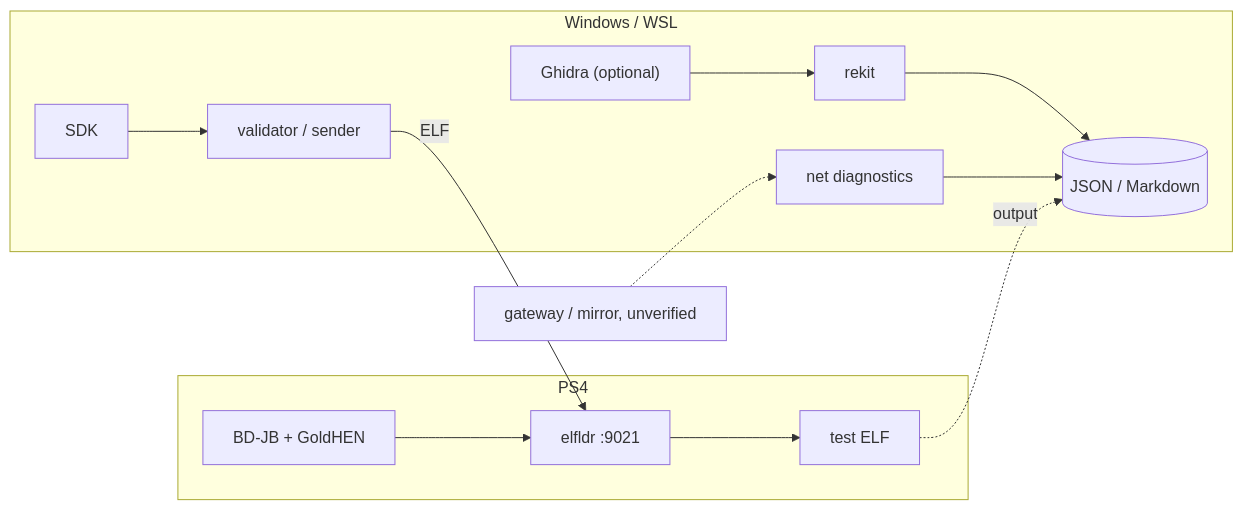
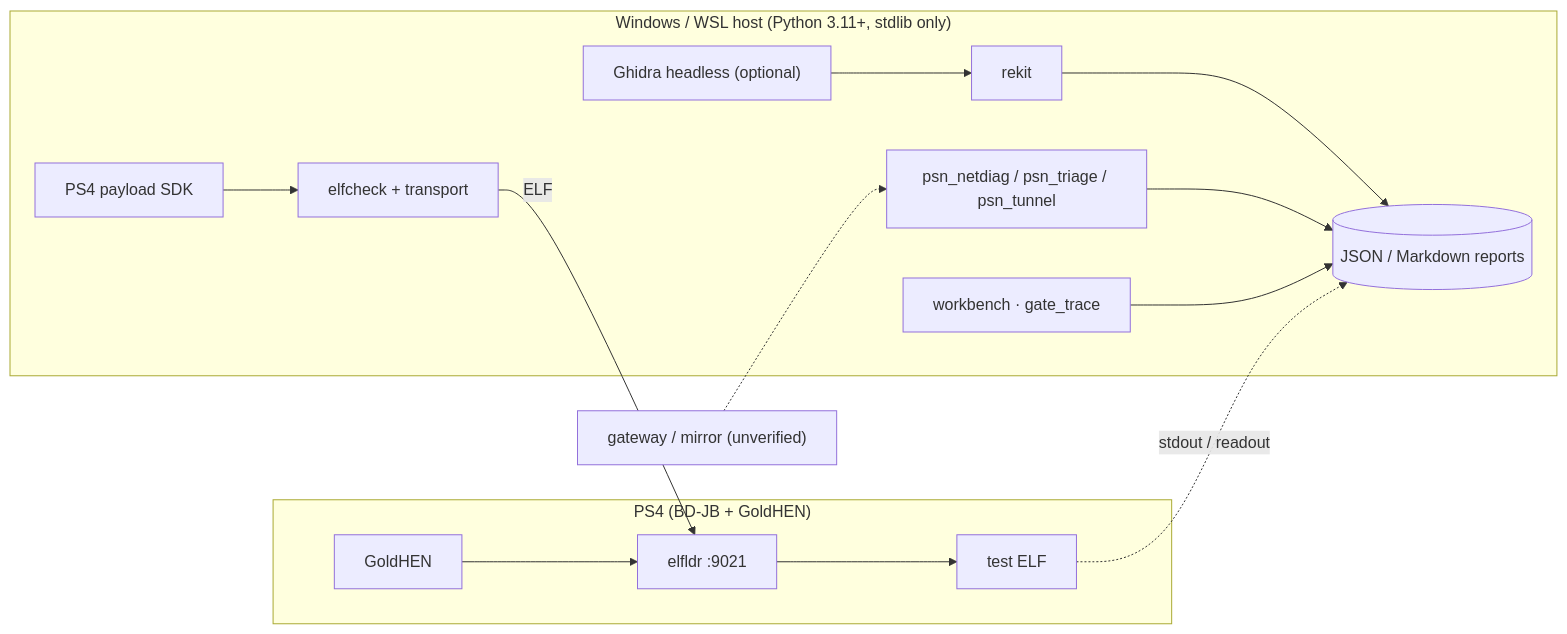
Before and after one commit to oakvx/middleManPS4: the diagram in README.md, drawn with Mermaid. The commit also changed other lines of this file, not shown here.

````diff
--- a/README.md
+++ b/README.md
@@ -180,18 +52,19 @@
 ```mermaid
 flowchart LR
-    subgraph PS4
-        A["BD-JB + GoldHEN"] --> B["elfldr :9021"]
+    subgraph PS4["PS4 (BD-JB + GoldHEN)"]
+        A["GoldHEN"] --> B["elfldr :9021"]
         B --> C["test ELF"]
     end
-    subgraph Host["Windows / WSL"]
-        D["SDK"] --> E["validator / sender"]
-        F["net diagnostics"]
+    subgraph Host["Windows / WSL host (Python 3.11+, stdlib only)"]
+        D["PS4 payload SDK"] --> E["elfcheck + transport"]
+        F["psn_netdiag / psn_triage / psn_tunnel"]
         G["rekit"]
-        H["Ghidra (optional)"] --> G
-        G --> I[("JSON / Markdown")]
+        H["Ghidra headless (optional)"] --> G
+        G --> I[("JSON / Markdown reports")]
         F --> I
+        W["workbench · gate_trace"] --> I
     end
     E -->|ELF| B
-    C -.->|output| I
-    J["gateway / mirror, unverified"] -.-> F
+    C -.->|stdout / readout| I
+    J["gateway / mirror (unverified)"] -.-> F
 ```
````
